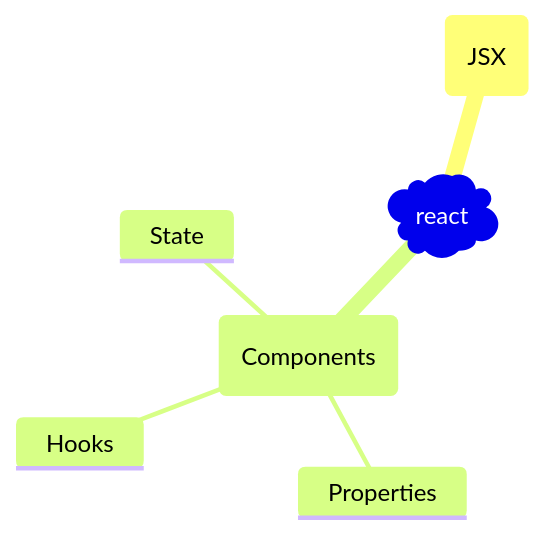
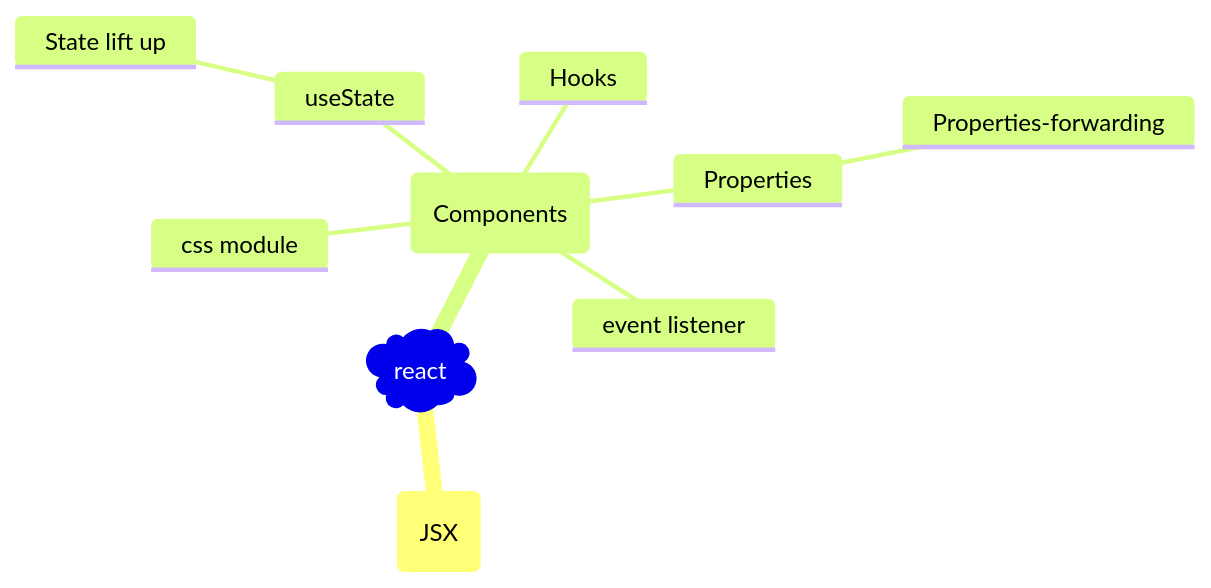
The first of 2 diagrams in react/README.md (cherkavi/javascripting), drawn with Mermaid before and after one commit. The commit also changed 7 other files, not shown here.

Commit message:
update use cases in mindmap

````diff
--- a/react/README.md
+++ b/react/README.md
@@ -6,9 +6,13 @@
 ```mermaid
 mindmap
 )react(
     (JSX)
     (Components)
-        State
+        useState
+            State lift up
         Properties
+            Properties-forwarding
         Hooks
+        css module
+        event listener
 ```
````
